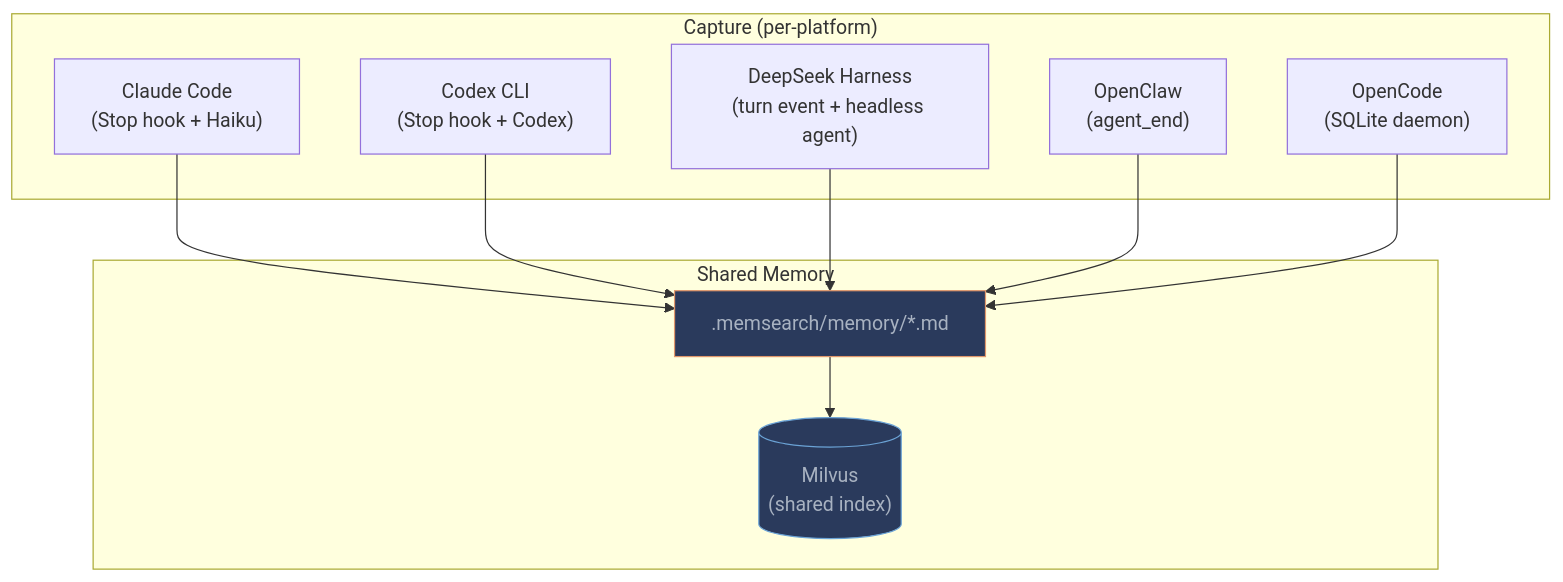
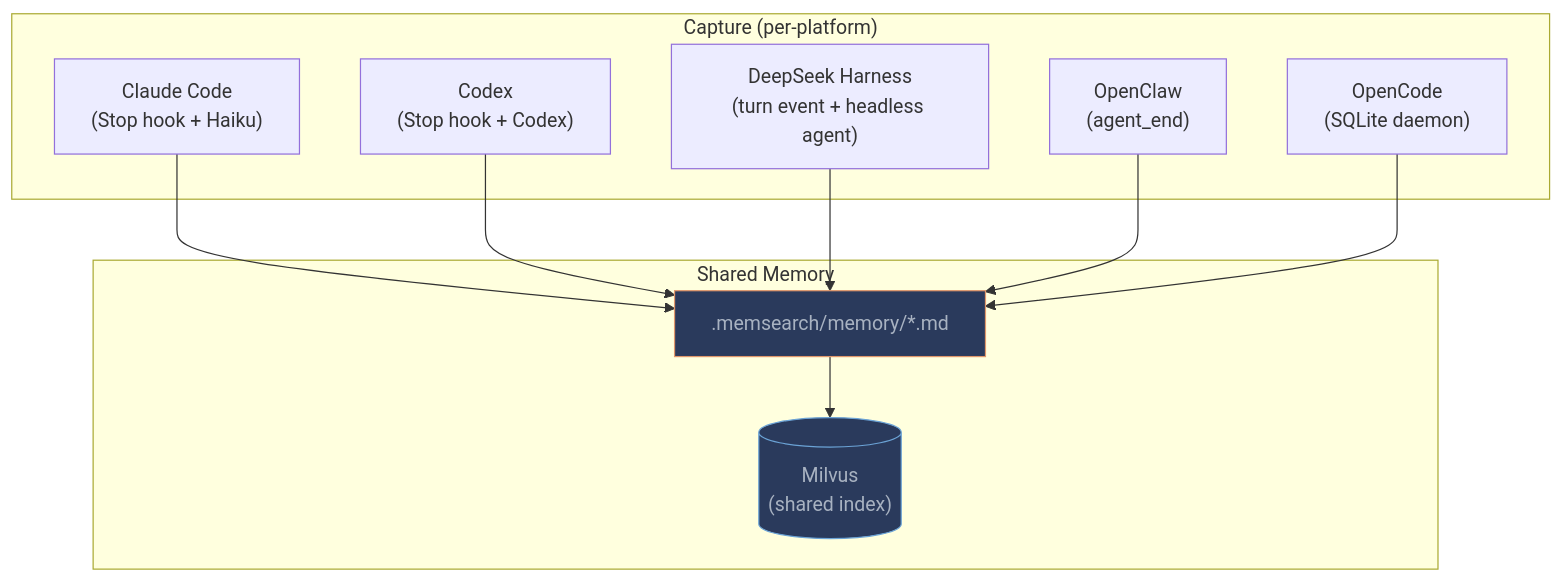
One commit to JingBh/memsearch changed the first of 10 diagrams in docs/architecture.md. Above: the diagram before and after it, drawn with Mermaid. The commit also changed other lines of this file and 18 other files, not shown here.

````diff
--- a/docs/architecture.md
+++ b/docs/architecture.md
@@ -11,21 +11,21 @@
 ```mermaid
 graph TB
     subgraph "Capture (per-platform)"
         CC["Claude Code<br/>(Stop hook + Haiku)"]
-        CX["Codex CLI<br/>(Stop hook + Codex)"]
+        CX["Codex<br/>(Stop hook + Codex)"]
         DSH["DeepSeek Harness<br/>(turn event + headless agent)"]
         OC["OpenClaw<br/>(agent_end)"]
         OO["OpenCode<br/>(SQLite daemon)"]
     end
 
     subgraph "Shared Memory"
         MD[".memsearch/memory/*.md"]
         MIL[("Milvus<br/>(shared index)")]
     end
 
     CC & CX & DSH & OC & OO --> MD
     MD --> MIL
 
     style MD fill:#2a3a5c,stroke:#e0976b,color:#a8b2c1
     style MIL fill:#2a3a5c,stroke:#6ba3d6,color:#a8b2c1
 ```
````
